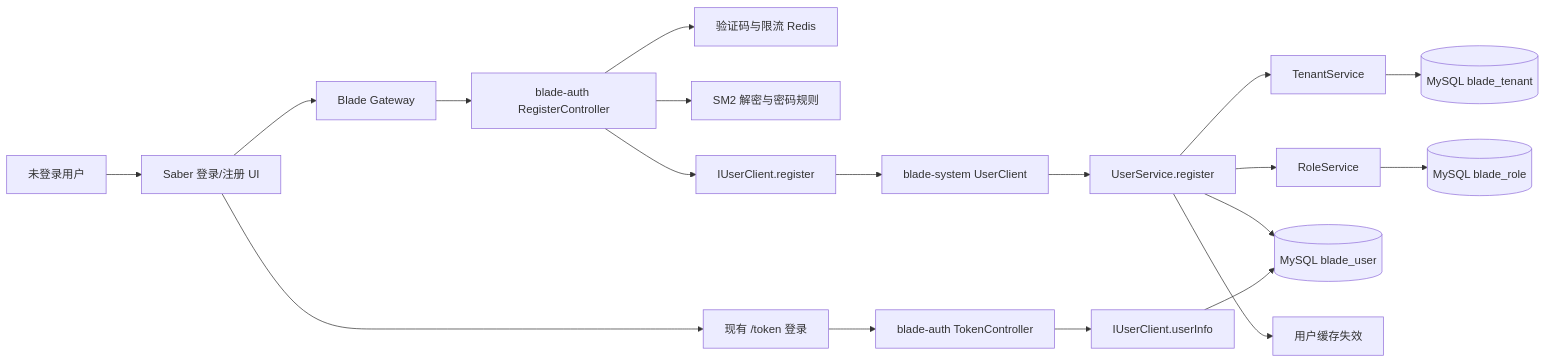
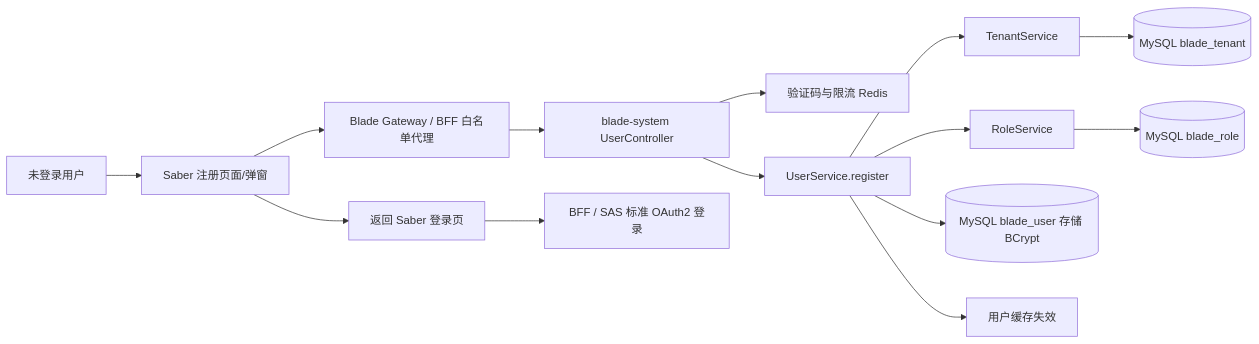
The first of 2 diagrams in doc/design/DESIGN-REQ-2026-003-user-registration.md (anInterestingName/SpringBlade), drawn with Mermaid before and after one commit. The commit also changed other lines of this file and 167 other files, not shown here.

````diff
--- a/doc/design/DESIGN-REQ-2026-003-user-registration.md
+++ b/doc/design/DESIGN-REQ-2026-003-user-registration.md
@@ -85,21 +89,16 @@
 ```mermaid
 flowchart LR
-    U[未登录用户] --> S[Saber 登录/注册 UI]
-    S --> G[Blade Gateway]
-    G --> A[blade-auth RegisterController]
-    A --> C[验证码与限流 Redis]
-    A --> D[SM2 解密与密码规则]
-    A --> F[IUserClient.register]
-    F --> SC[blade-system UserClient]
+    U[未登录用户] --> S[Saber 注册页面/弹窗]
+    S --> G[Blade Gateway / BFF 白名单代理]
+    G --> SC[blade-system UserController]
+    SC --> C[验证码与限流 Redis]
     SC --> US[UserService.register]
     US --> TS[TenantService]
     US --> RS[RoleService]
     TS --> TD[(MySQL blade_tenant)]
     RS --> RD[(MySQL blade_role)]
-    US --> DB[(MySQL blade_user)]
+    US --> DB[(MySQL blade_user 存储 BCrypt)]
     US --> UC[用户缓存失效]
-    S --> L[现有 /token 登录]
-    L --> A2[blade-auth TokenController]
-    A2 --> F2[IUserClient.userInfo]
-    F2 --> DB
+    S --> L[返回 Saber 登录页]
+    L --> BFF[BFF / SAS 标准 OAuth2 登录]
 ```
````
